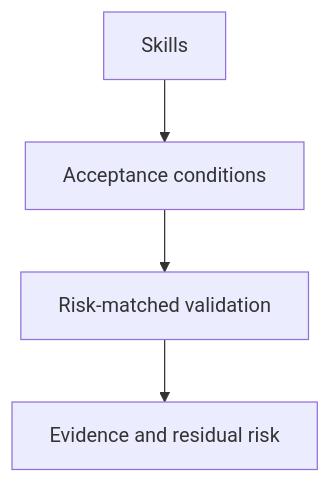
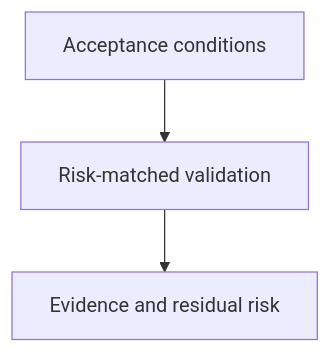
The diagram in skills/verification-discipline/as-is.md (abstract-business-systems/as-is), drawn with Mermaid before and after one commit. The commit also changed other lines of this file and 51 other files, not shown here.

Commit message:
docs(as-is): improve hierarchical architecture documentation

````diff
--- a/skills/verification-discipline/as-is.md
+++ b/skills/verification-discipline/as-is.md
@@ -16,7 +16,5 @@
 ```mermaid
 flowchart TD
-    Parent["Skills"] --> A["Acceptance conditions"] --> B["Risk-matched validation"]
+    A["Acceptance conditions"] --> B["Risk-matched validation"]
     B --> C["Evidence and residual risk"]
-
-    click Parent href "../as-is.md#design" "Open Skills design"
 ```
````
